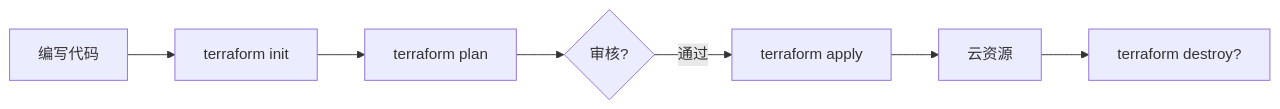
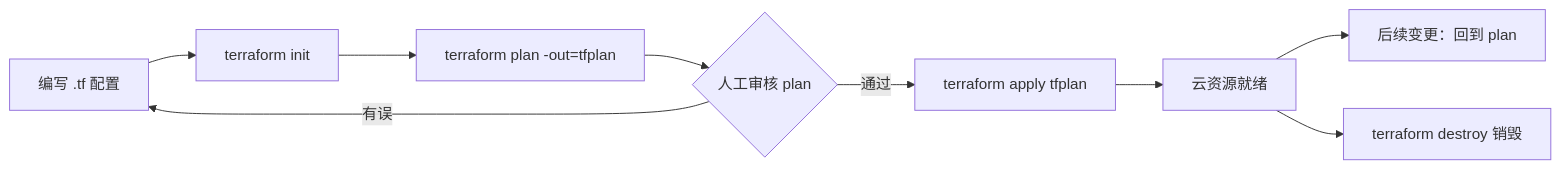
The second of 2 diagrams in content/linux/cloud_cal/Chapter-68-IaC.md (before80/prgms), drawn with Mermaid before and after one commit. The commit also changed other lines of this file and 1645 other files, not shown here.

````diff
--- a/content/linux/cloud_cal/Chapter-68-IaC.md
+++ b/content/linux/cloud_cal/Chapter-68-IaC.md
@@ -715,9 +1034,11 @@
 ```mermaid
 graph LR
-    A[编写代码] --> B[terraform init]
-    B --> C[terraform plan]
-    C --> D{审核?}
-    D -->|通过| E[terraform apply]
-    E --> F[云资源]
-    F --> G[terraform destroy?]
+    A[编写 .tf 配置] --> B[terraform init]
+    B --> C[terraform plan -out=tfplan]
+    C --> D{人工审核 plan}
+    D -->|有误| A
+    D -->|通过| E[terraform apply tfplan]
+    E --> F[云资源就绪]
+    F --> G[后续变更：回到 plan]
+    F --> H[terraform destroy 销毁]
 ```
````
